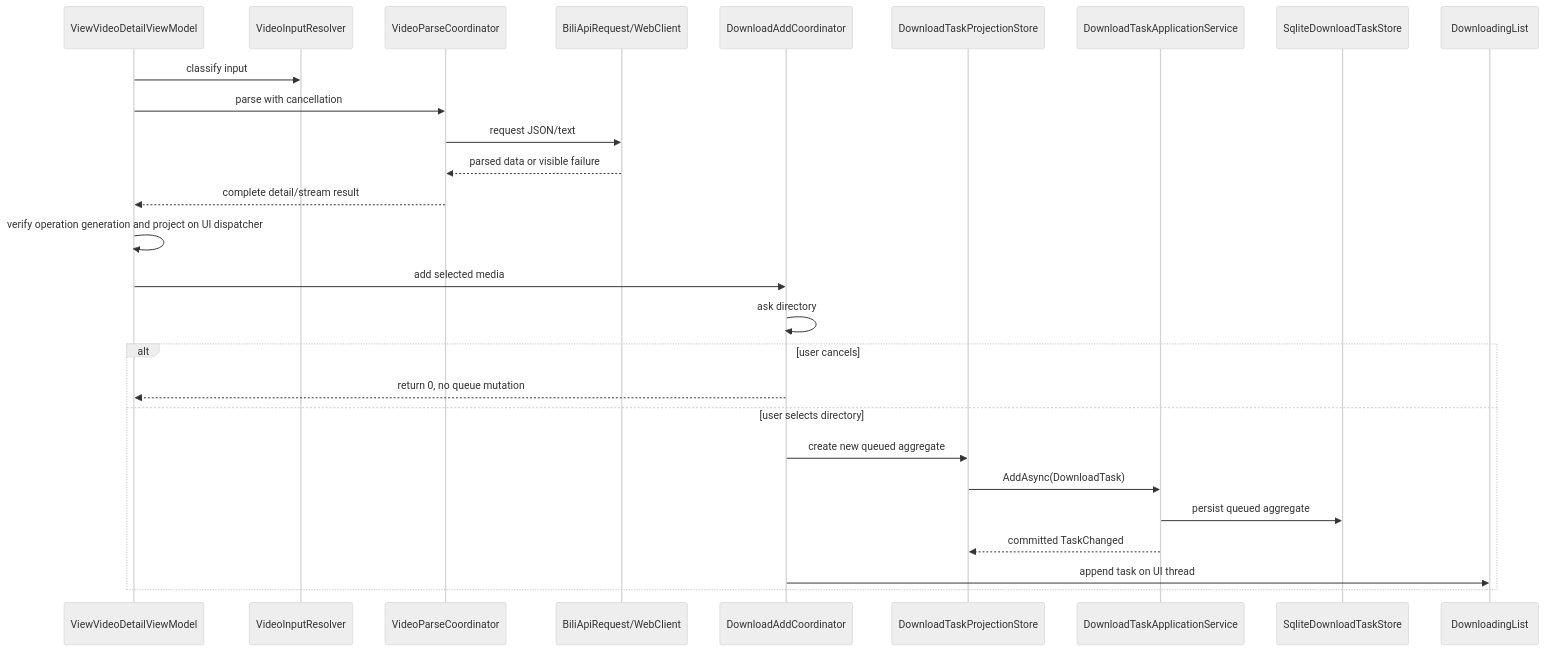
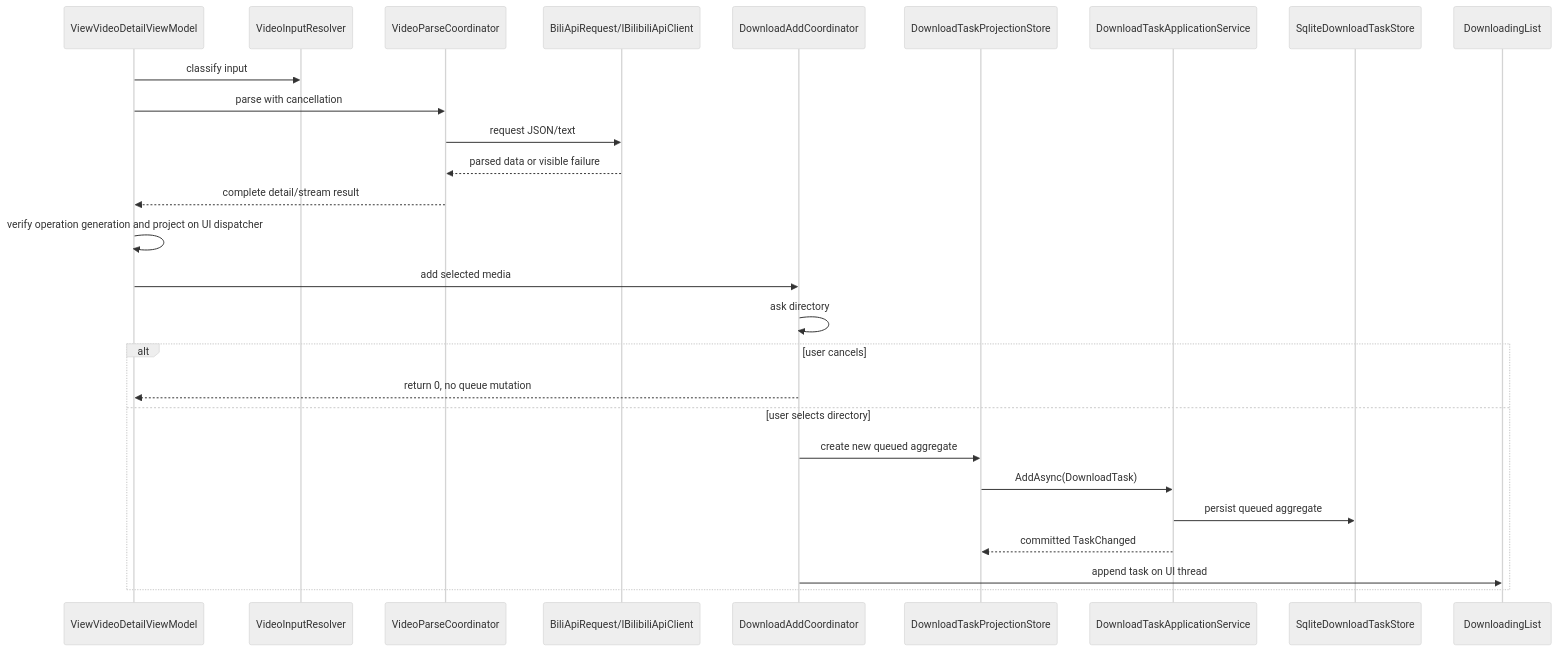
One commit to 403a/downkyicore changed the third of 4 diagrams in docs/ai-knowledge-graph.md. Above: the diagram before and after it, drawn with Mermaid (neutral theme). The commit also changed other lines of this file and 111 other files, not shown here.

````diff
--- a/docs/ai-knowledge-graph.md
+++ b/docs/ai-knowledge-graph.md
@@ -2282,30 +2286,30 @@
 ```mermaid
 sequenceDiagram
     participant VM as ViewVideoDetailViewModel
     participant Resolver as VideoInputResolver
     participant Parser as VideoParseCoordinator
-    participant API as BiliApiRequest/WebClient
+    participant API as BiliApiRequest/IBilibiliApiClient
     participant Add as DownloadAddCoordinator
     participant Projection as DownloadTaskProjectionStore
     participant Tasks as DownloadTaskApplicationService
     participant Store as SqliteDownloadTaskStore
     participant Queue as DownloadingList
 
     VM->>Resolver: classify input
     VM->>Parser: parse with cancellation
     Parser->>API: request JSON/text
     API-->>Parser: parsed data or visible failure
     Parser-->>VM: complete detail/stream result
     VM->>VM: verify operation generation and project on UI dispatcher
     VM->>Add: add selected media
     Add->>Add: ask directory
     alt user cancels
         Add-->>VM: return 0, no queue mutation
     else user selects directory
         Add->>Projection: create new queued aggregate
         Projection->>Tasks: AddAsync(DownloadTask)
         Tasks->>Store: persist queued aggregate
         Tasks-->>Projection: committed TaskChanged
         Add->>Queue: append task on UI thread
     end
 ```
````
